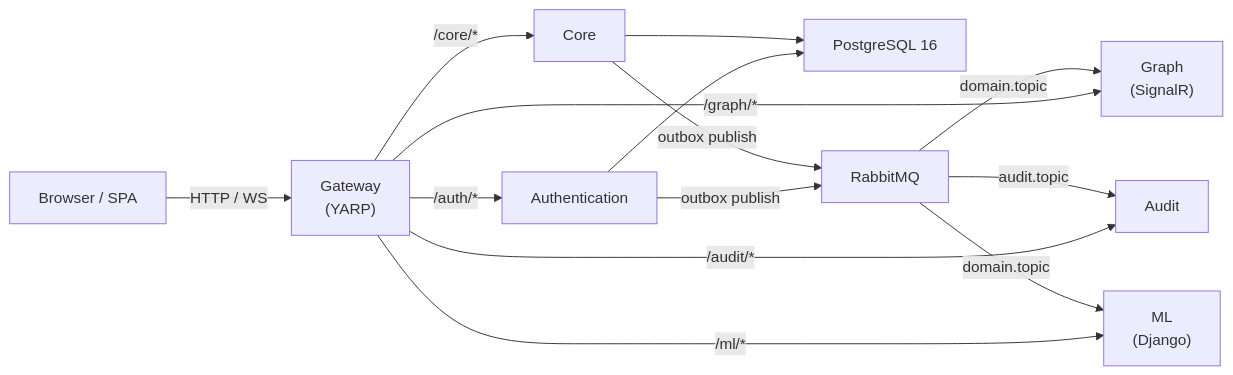
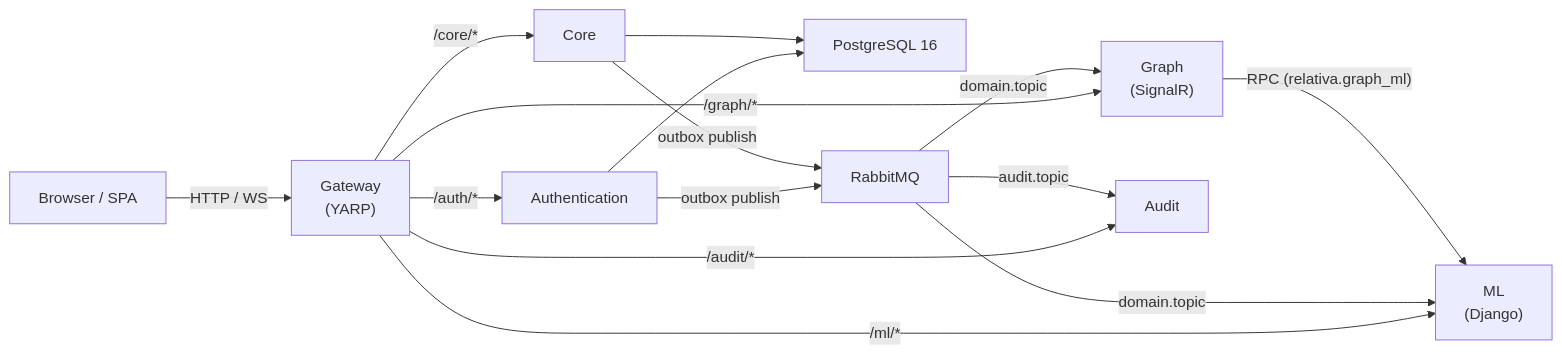
The first of 3 diagrams in docs/ai-guides/ARCHITECTURE.md (RelativaCRM/Relativa), drawn with Mermaid before and after one commit. The commit also changed other lines of this file and 26 other files, not shown here.

Commit message:
CR-216 Add consistent graph evaluating and improme ml scoring system

````diff
--- a/docs/ai-guides/ARCHITECTURE.md
+++ b/docs/ai-guides/ARCHITECTURE.md
@@ -11,26 +11,27 @@
 ```mermaid
 flowchart LR
     Browser["Browser / SPA"]
     Gateway["Gateway\n(YARP)"]
     Auth["Authentication"]
     Core["Core"]
     Graph["Graph\n(SignalR)"]
     ML["ML\n(Django)"]
     Audit["Audit"]
     PG["PostgreSQL 16"]
     RMQ["RabbitMQ"]
 
     Browser -->|"HTTP / WS"| Gateway
     Gateway -->|"/auth/*"| Auth
     Gateway -->|"/core/*"| Core
     Gateway -->|"/graph/*"| Graph
     Gateway -->|"/ml/*"| ML
     Gateway -->|"/audit/*"| Audit
     Auth --> PG
     Core --> PG
     Auth -->|outbox publish| RMQ
     Core -->|outbox publish| RMQ
     RMQ -->|audit.topic| Audit
     RMQ -->|domain.topic| Graph
     RMQ -->|domain.topic| ML
+    Graph -->|"RPC (relativa.graph_ml)"| ML
 ```
````
